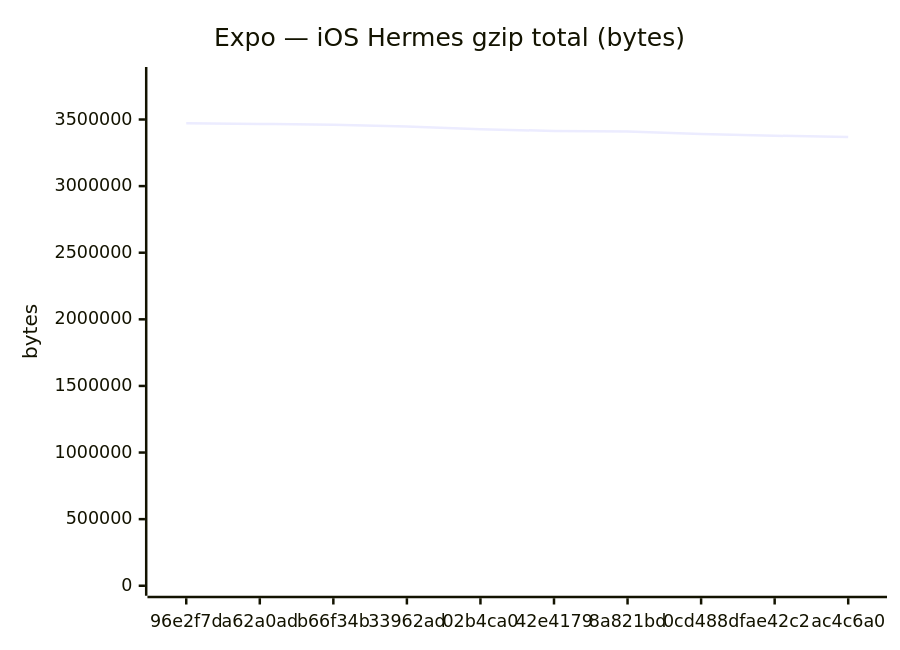
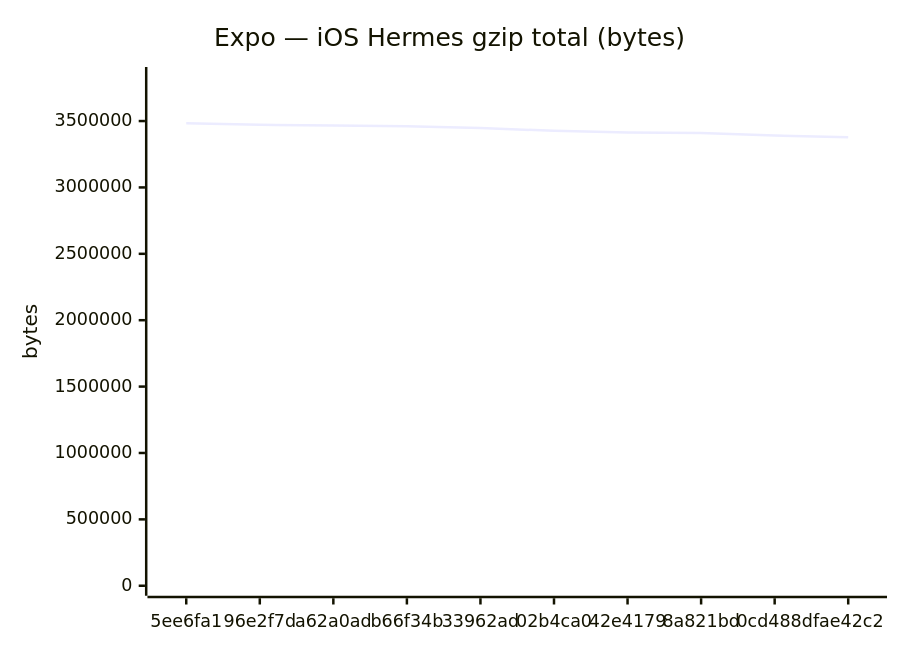
Before and after one commit to Metaheurist/Rianell: the sixth of 18 diagrams in benchmarks/compare.md, drawn with Mermaid. The commit also changed other lines of this file and 11 other files, not shown here.

````diff
--- a/benchmarks/compare.md
+++ b/benchmarks/compare.md
@@ -96,7 +96,7 @@
 ```mermaid
 xychart-beta
     title "Expo — iOS Hermes gzip total (bytes)"
-    x-axis ["96e2f7d", "a62a0ad", "b66f34b", "33962ad", "02b4ca0", "42e4179", "8a821bd", "0cd488d", "fae42c2", "ac4c6a0"]
-    y-axis "bytes" 0 --> 3819054
-    line [3471867, 3466755, 3460455, 3446796, 3426562, 3414256, 3409221, 3391123, 3378280, 3368083]
+    x-axis ["5ee6fa1", "96e2f7d", "a62a0ad", "b66f34b", "33962ad", "02b4ca0", "42e4179", "8a821bd", "0cd488d", "fae42c2"]
+    y-axis "bytes" 0 --> 3831733
+    line [3483393, 3471867, 3466755, 3460455, 3446796, 3426562, 3414256, 3409221, 3391123, 3378280]
 ```
````
